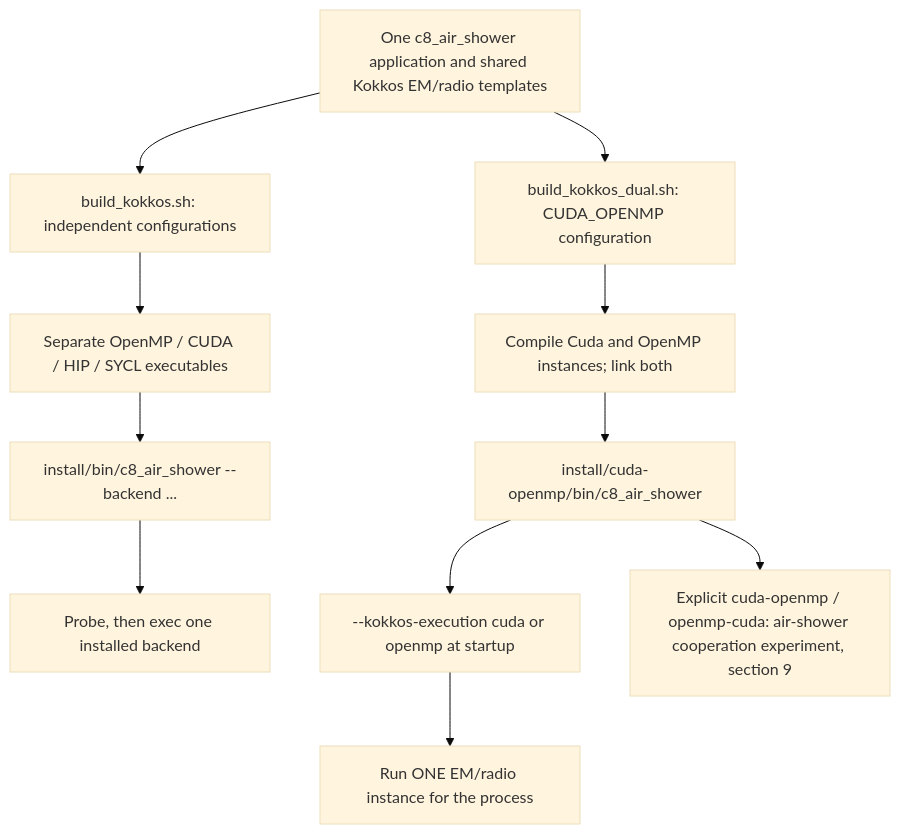
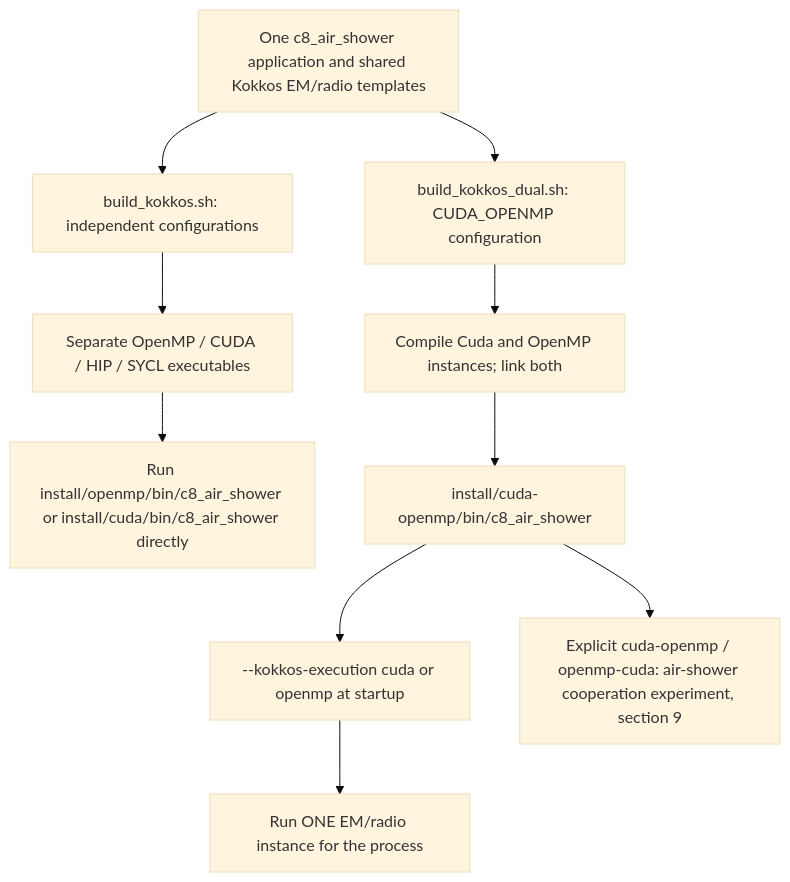
The first of 2 diagrams in README.md (BossL668/CORSIKA8-kokkos), drawn with Mermaid (base theme) before and after one commit. The commit also changed other lines of this file and 16 other files, not shown here.

Commit message:
Remove Python air-shower launcher; document direct native binaries

````diff
--- a/README.md
+++ b/README.md
@@ -160,14 +167,13 @@
 ```mermaid
 flowchart TD
     SRC["One c8_air_shower application and shared Kokkos EM/radio templates"]
     SRC --> SEP["build_kokkos.sh: independent configurations"]
     SEP --> BINS["Separate OpenMP / CUDA / HIP / SYCL executables"]
-    BINS --> LAUNCH["install/bin/c8_air_shower --backend ..."]
-    LAUNCH --> EXEC["Probe, then exec one installed backend"]
+    BINS --> EXEC["Run install/openmp/bin/c8_air_shower or install/cuda/bin/c8_air_shower directly"]
     SRC --> DUAL["build_kokkos_dual.sh: CUDA_OPENMP configuration"]
     DUAL --> INST["Compile Cuda and OpenMP instances; link both"]
     INST --> ELF["install/cuda-openmp/bin/c8_air_shower"]
     ELF --> SELECT["--kokkos-execution cuda or openmp at startup"]
     SELECT --> ONE["Run ONE EM/radio instance for the process"]
     ELF --> COOP["Explicit cuda-openmp / openmp-cuda: air-shower cooperation experiment, section 9"]
 ```
````
